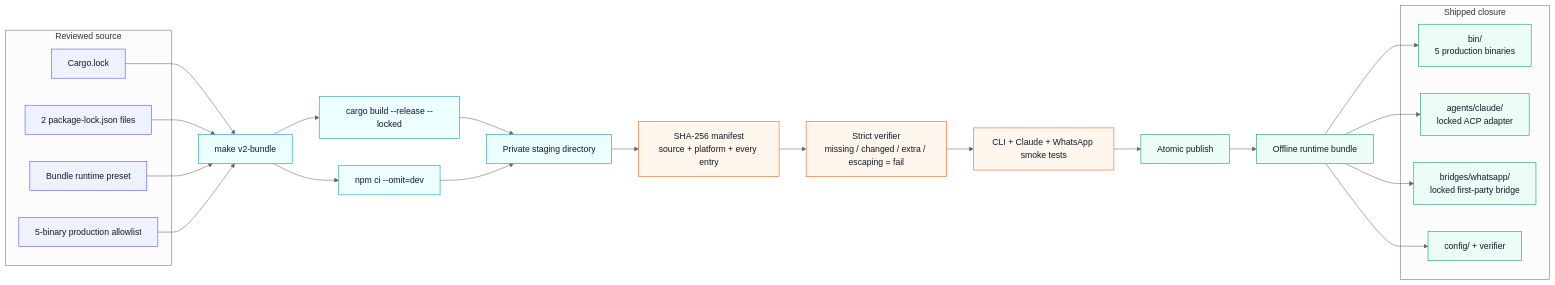
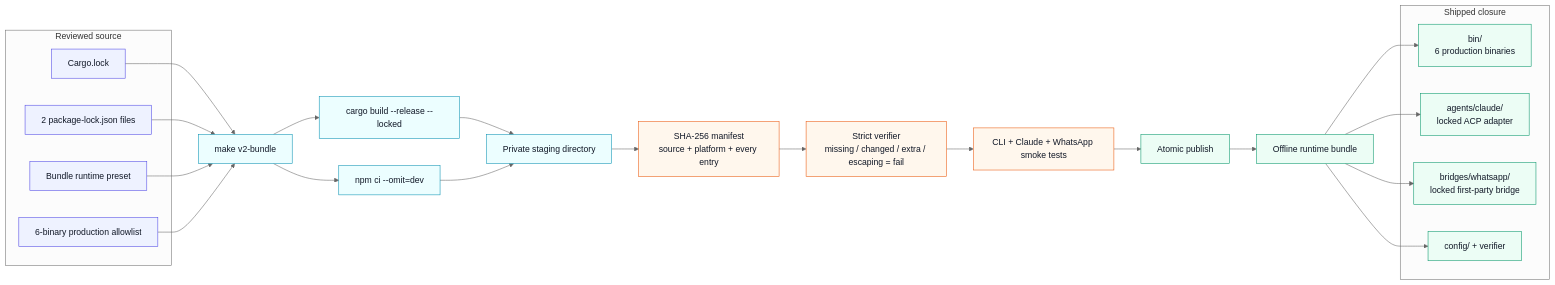
One commit to fontanierh/crab changed the diagram in v2/docs/runtime-bundle-flow.mmd. Above: the diagram before and after it, drawn with Mermaid (neutral theme). The commit also changed 12 other files, not shown here.

```diff
--- a/v2/docs/runtime-bundle-flow.mmd
+++ b/v2/docs/runtime-bundle-flow.mmd
@@ -1,44 +1,44 @@
 flowchart LR
     subgraph SOURCE["Reviewed source"]
         CARGO["Cargo.lock"]
         NPM["2 package-lock.json files"]
         CONFIG["Bundle runtime preset"]
-        ALLOW["5-binary production allowlist"]
+        ALLOW["6-binary production allowlist"]
     end
 
     BUILD["make v2-bundle"]
     CARGO --> BUILD
     NPM --> BUILD
     CONFIG --> BUILD
     ALLOW --> BUILD
 
     BUILD --> RUST["cargo build --release --locked"]
     BUILD --> NODE["npm ci --omit=dev"]
     RUST --> STAGE["Private staging directory"]
     NODE --> STAGE
 
     STAGE --> MANIFEST["SHA-256 manifest\nsource + platform + every entry"]
     MANIFEST --> VERIFY["Strict verifier\nmissing / changed / extra / escaping = fail"]
     VERIFY --> SMOKE["CLI + Claude + WhatsApp smoke tests"]
     SMOKE --> ATOMIC["Atomic publish"]
 
     ATOMIC --> BUNDLE["Offline runtime bundle"]
     subgraph CONTENTS["Shipped closure"]
-        BIN["bin/\n5 production binaries"]
+        BIN["bin/\n6 production binaries"]
         AGENT["agents/claude/\nlocked ACP adapter"]
         BRIDGE["bridges/whatsapp/\nlocked first-party bridge"]
         CFG["config/ + verifier"]
     end
     BUNDLE --> BIN
     BUNDLE --> AGENT
     BUNDLE --> BRIDGE
     BUNDLE --> CFG
 
     classDef source fill:#eef2ff,stroke:#4f46e5,color:#111827;
     classDef action fill:#ecfeff,stroke:#0891b2,color:#111827;
     classDef failclosed fill:#fff7ed,stroke:#ea580c,color:#111827;
     classDef result fill:#ecfdf5,stroke:#059669,color:#111827;
     class CARGO,NPM,CONFIG,ALLOW source;
     class BUILD,RUST,NODE,STAGE action;
     class MANIFEST,VERIFY,SMOKE failclosed;
     class ATOMIC,BUNDLE,BIN,AGENT,BRIDGE,CFG result;
```
